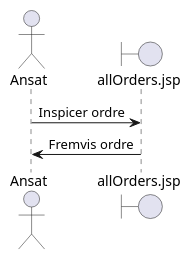
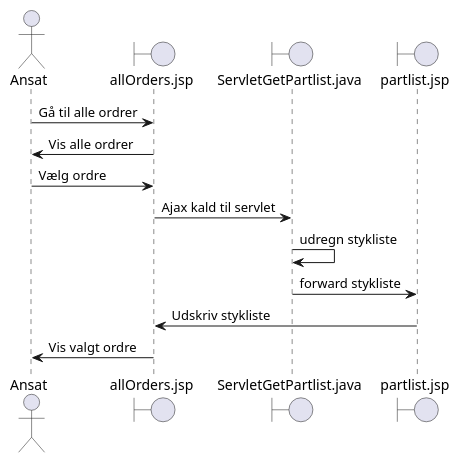
One commit to NikolajX4000/Sem2Exam changed the diagram in src/main/java/UML/SequenceDiagram_InspectOrder.puml. Above: the diagram before and after it, drawn with PlantUML.

Commit message:
Flere stips

```diff
--- a/src/main/java/UML/SequenceDiagram_InspectOrder.puml
+++ b/src/main/java/UML/SequenceDiagram_InspectOrder.puml
@@ -1,9 +1,18 @@
 @startuml
 
 actor Ansat
 boundary "allOrders.jsp" as AO
+boundary "ServletGetPartlist.java" as ajax
+boundary "partlist.jsp" as PL
 
-Ansat -> AO : Inspicer ordre
-AO -> Ansat : Fremvis ordre
+
+Ansat -> AO : Gå til alle ordrer
+AO -> Ansat : Vis alle ordrer
+Ansat -> AO : Vælg ordre
+AO -> ajax  : Ajax kald til servlet
+ajax -> ajax: udregn stykliste
+ajax -> PL  : forward stykliste
+PL -> AO    : Udskriv stykliste
+AO -> Ansat : Vis valgt ordre
 
 @enduml
```
